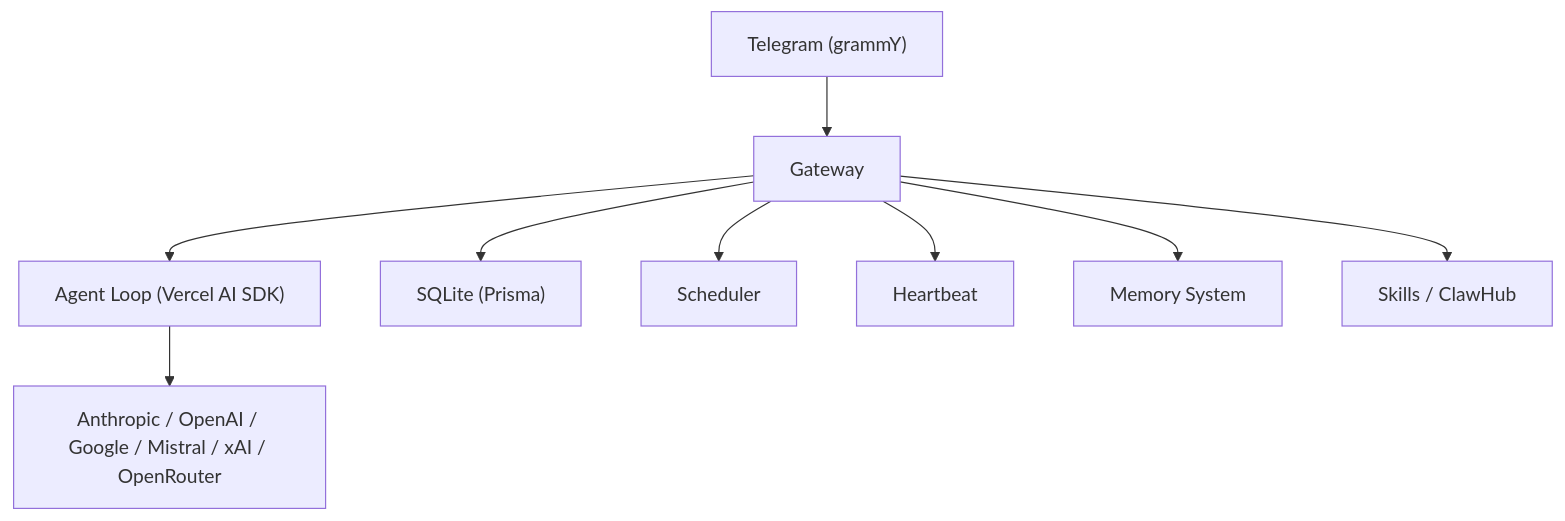
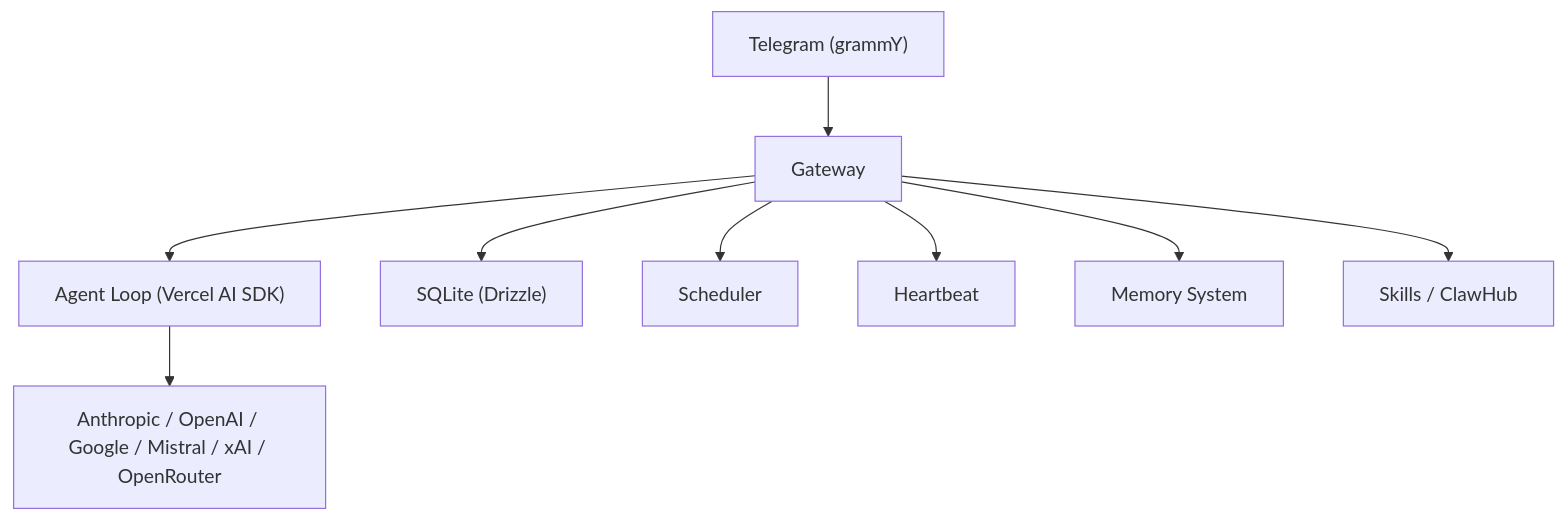
Before and after one commit to babyclaw/babyclaw: the diagram in apps/docs/content/1.getting-started/1.introduction.md, drawn with Mermaid. The commit also changed other lines of this file and 3 other files, not shown here.

Commit message:
docs: update database references from Prisma to Drizzle in README and documentation files

````diff
--- a/apps/docs/content/1.getting-started/1.introduction.md
+++ b/apps/docs/content/1.getting-started/1.introduction.md
@@ -35,11 +35,11 @@
 ```mermaid
 flowchart TB
     Telegram["Telegram (grammY)"] --> Gateway
     Gateway --> AgentLoop["Agent Loop (Vercel AI SDK)"]
-    Gateway --> SQLite["SQLite (Prisma)"]
+    Gateway --> SQLite["SQLite (Drizzle)"]
     Gateway --> Scheduler
     Gateway --> Heartbeat
     Gateway --> MemorySystem["Memory System"]
     Gateway --> Skills["Skills / ClawHub"]
     AgentLoop --> Providers["Anthropic / OpenAI / Google / Mistral / xAI / OpenRouter"]
 ```
````
